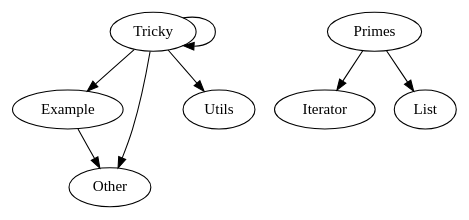
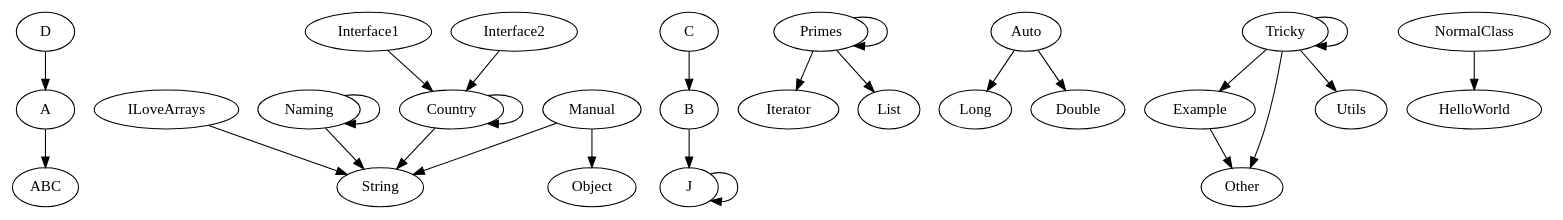
The diagram in output.dot (Thomaslorentzen/PA2023_GRP7), drawn with Graphviz before and after one commit. The commit also changed 2 other files, not shown here.

```diff
--- a/output.dot
+++ b/output.dot
@@ -1,9 +1,27 @@
 digraph G { 
+A -> ABC
+ILoveArrays -> String
+B -> J
+C -> B
+D -> A
+Manual -> Object
+Manual -> String
+J -> J
+Naming -> String
+Naming -> Naming
+Primes -> Iterator
+Primes -> List
+Primes -> Primes
+Auto -> Long
+Auto -> Double
 Example -> Other
 Tricky -> Utils
 Tricky -> Example
 Tricky -> Tricky
 Tricky -> Other
-Primes -> Iterator
-Primes -> List
+Interface1 -> Country
+Interface2 -> Country
+Country -> Country
+Country -> String
+NormalClass -> HelloWorld
 }
```
